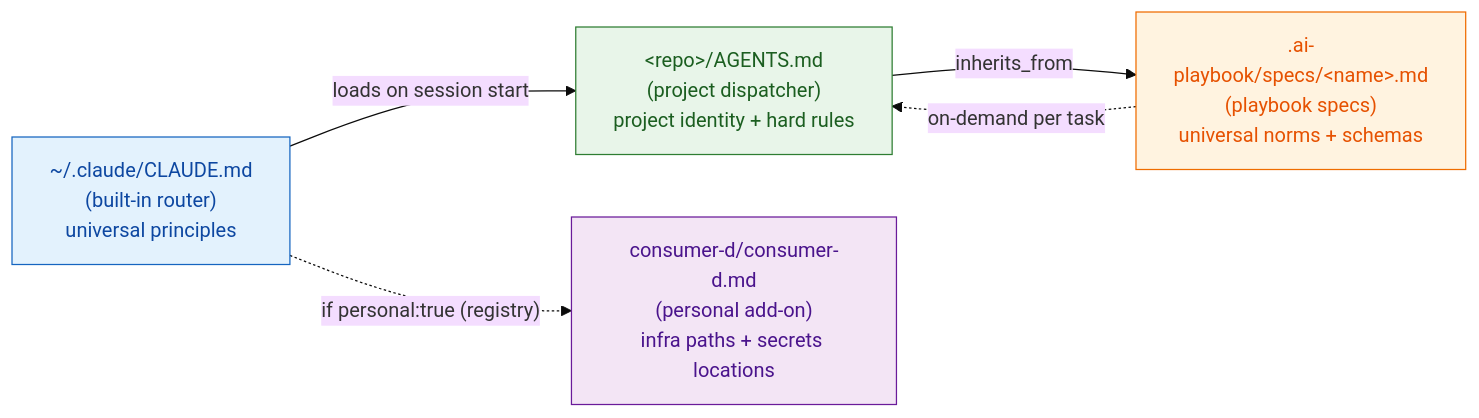
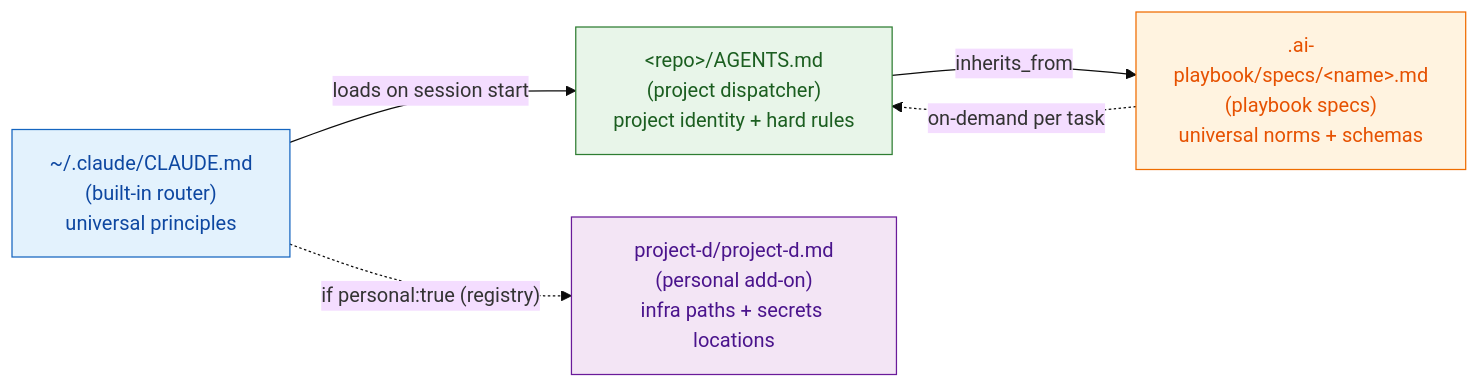
The first of 2 diagrams in docs/concepts/dispatcher-chain.md (Wizarck/ai-playbook), drawn with Mermaid (base theme) before and after one commit. The commit also changed other lines of this file and 91 other files, not shown here.

````diff
--- a/docs/concepts/dispatcher-chain.md
+++ b/docs/concepts/dispatcher-chain.md
@@ -43,21 +43,21 @@
 ```mermaid
 flowchart LR
     Router["~/.claude/CLAUDE.md<br/>(built-in router)<br/>universal principles"]
     Project["&lt;repo&gt;/AGENTS.md<br/>(project dispatcher)<br/>project identity + hard rules"]
     Specs[".ai-playbook/specs/&lt;name&gt;.md<br/>(playbook specs)<br/>universal norms + schemas"]
-    Personal["consumer-d/consumer-d.md<br/>(personal add-on)<br/>infra paths + secrets locations"]
+    Personal["project-d/project-d.md<br/>(personal add-on)<br/>infra paths + secrets locations"]
 
     Router -- "loads on session start" --> Project
     Project -- "inherits_from" --> Specs
     Specs -. "on-demand per task" .-> Project
     Router -. "if personal:true (registry)" .-> Personal
 
     classDef builtin fill:#e3f2fd,stroke:#1565c0,color:#0d47a1
     classDef project fill:#e8f5e9,stroke:#2e7d32,color:#1b5e20
     classDef specs fill:#fff3e0,stroke:#ef6c00,color:#e65100
     classDef personal fill:#f3e5f5,stroke:#6a1b9a,color:#4a148c
     class Router builtin
     class Project project
     class Specs specs
     class Personal personal
 ```
````
